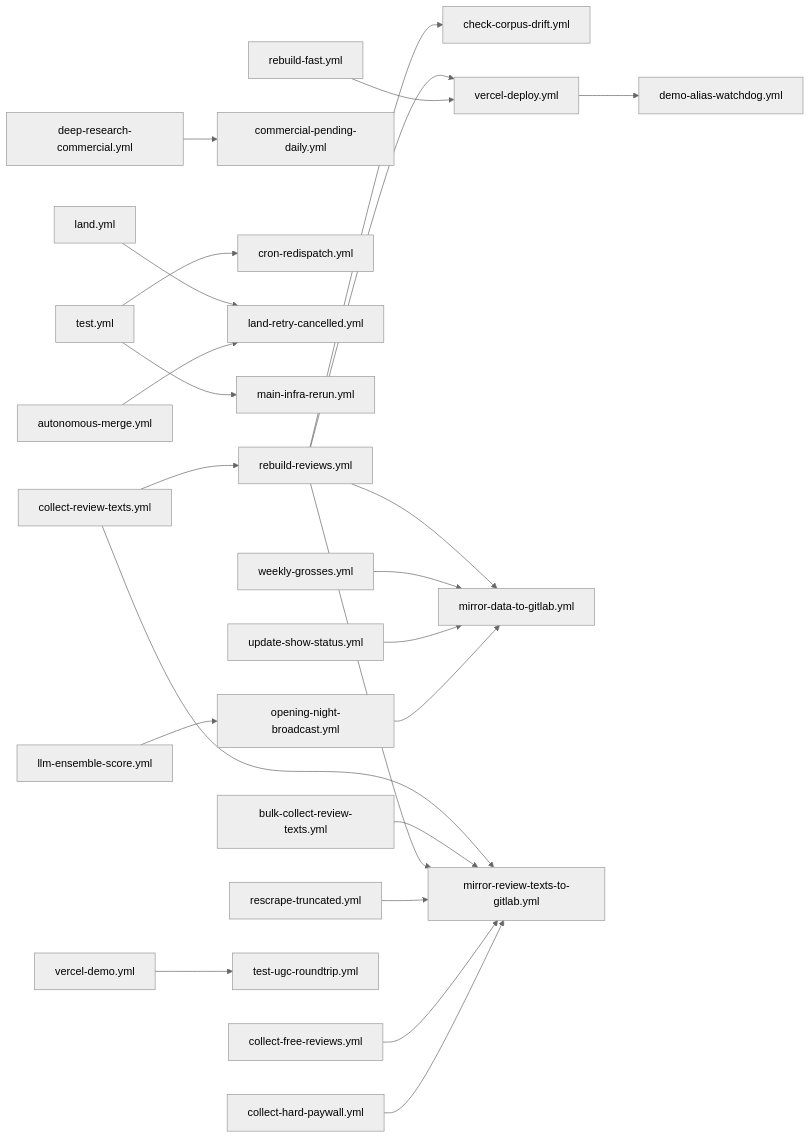
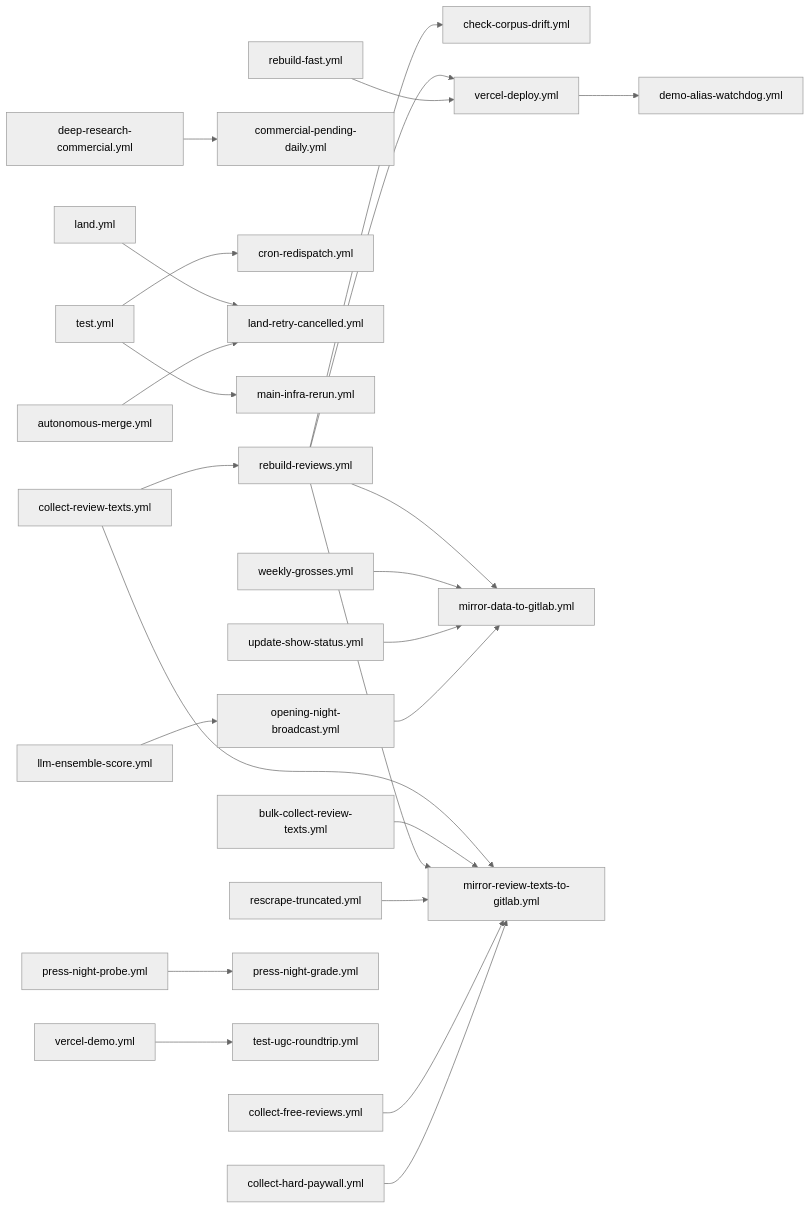
The diagram in .github/workflows/DEPENDENCIES.md (thomaspryor/Broadwayscore), drawn with Mermaid (neutral theme) before and after one commit. The commit also changed other lines of this file and 1 other file, not shown here.

First line of the commit message:
BRO-6645: add the grade producer to test.yml push paths; regenerate DEPENDENCIES.md

````diff
--- a/.github/workflows/DEPENDENCIES.md
+++ b/.github/workflows/DEPENDENCIES.md
@@ -21,25 +21,26 @@
 ```mermaid
 graph LR
   rebuild_reviews["rebuild-reviews.yml"] --> check_corpus_drift["check-corpus-drift.yml"]
   deep_research_commercial["deep-research-commercial.yml"] --> commercial_pending_daily["commercial-pending-daily.yml"]
   test["test.yml"] --> cron_redispatch["cron-redispatch.yml"]
   vercel_deploy["vercel-deploy.yml"] --> demo_alias_watchdog["demo-alias-watchdog.yml"]
   land["land.yml"] --> land_retry_cancelled["land-retry-cancelled.yml"]
   autonomous_merge["autonomous-merge.yml"] --> land_retry_cancelled["land-retry-cancelled.yml"]
   test["test.yml"] --> main_infra_rerun["main-infra-rerun.yml"]
   rebuild_reviews["rebuild-reviews.yml"] --> mirror_data_to_gitlab["mirror-data-to-gitlab.yml"]
   weekly_grosses["weekly-grosses.yml"] --> mirror_data_to_gitlab["mirror-data-to-gitlab.yml"]
   update_show_status["update-show-status.yml"] --> mirror_data_to_gitlab["mirror-data-to-gitlab.yml"]
   opening_night_broadcast["opening-night-broadcast.yml"] --> mirror_data_to_gitlab["mirror-data-to-gitlab.yml"]
   collect_review_texts["collect-review-texts.yml"] --> mirror_review_texts_to_gitlab["mirror-review-texts-to-gitlab.yml"]
   bulk_collect_review_texts["bulk-collect-review-texts.yml"] --> mirror_review_texts_to_gitlab["mirror-review-texts-to-gitlab.yml"]
   rebuild_reviews["rebuild-reviews.yml"] --> mirror_review_texts_to_gitlab["mirror-review-texts-to-gitlab.yml"]
   rescrape_truncated["rescrape-truncated.yml"] --> mirror_review_texts_to_gitlab["mirror-review-texts-to-gitlab.yml"]
   collect_free_reviews["collect-free-reviews.yml"] --> mirror_review_texts_to_gitlab["mirror-review-texts-to-gitlab.yml"]
   collect_hard_paywall["collect-hard-paywall.yml"] --> mirror_review_texts_to_gitlab["mirror-review-texts-to-gitlab.yml"]
   llm_ensemble_score["llm-ensemble-score.yml"] --> opening_night_broadcast["opening-night-broadcast.yml"]
+  press_night_probe["press-night-probe.yml"] --> press_night_grade["press-night-grade.yml"]
   collect_review_texts["collect-review-texts.yml"] --> rebuild_reviews["rebuild-reviews.yml"]
   vercel_demo["vercel-demo.yml"] --> test_ugc_roundtrip["test-ugc-roundtrip.yml"]
   rebuild_reviews["rebuild-reviews.yml"] --> vercel_deploy["vercel-deploy.yml"]
   rebuild_fast["rebuild-fast.yml"] --> vercel_deploy["vercel-deploy.yml"]
 ```
````
